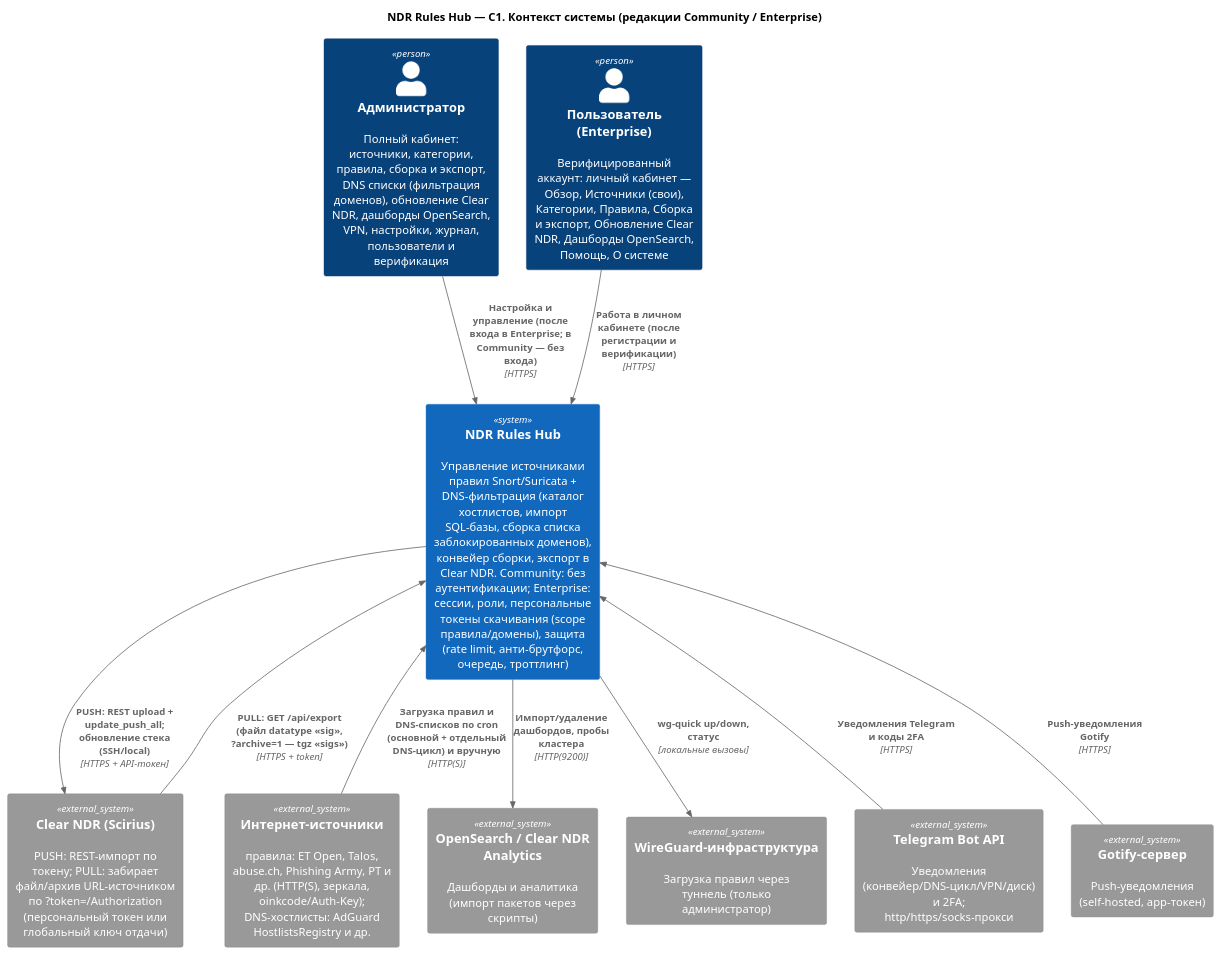
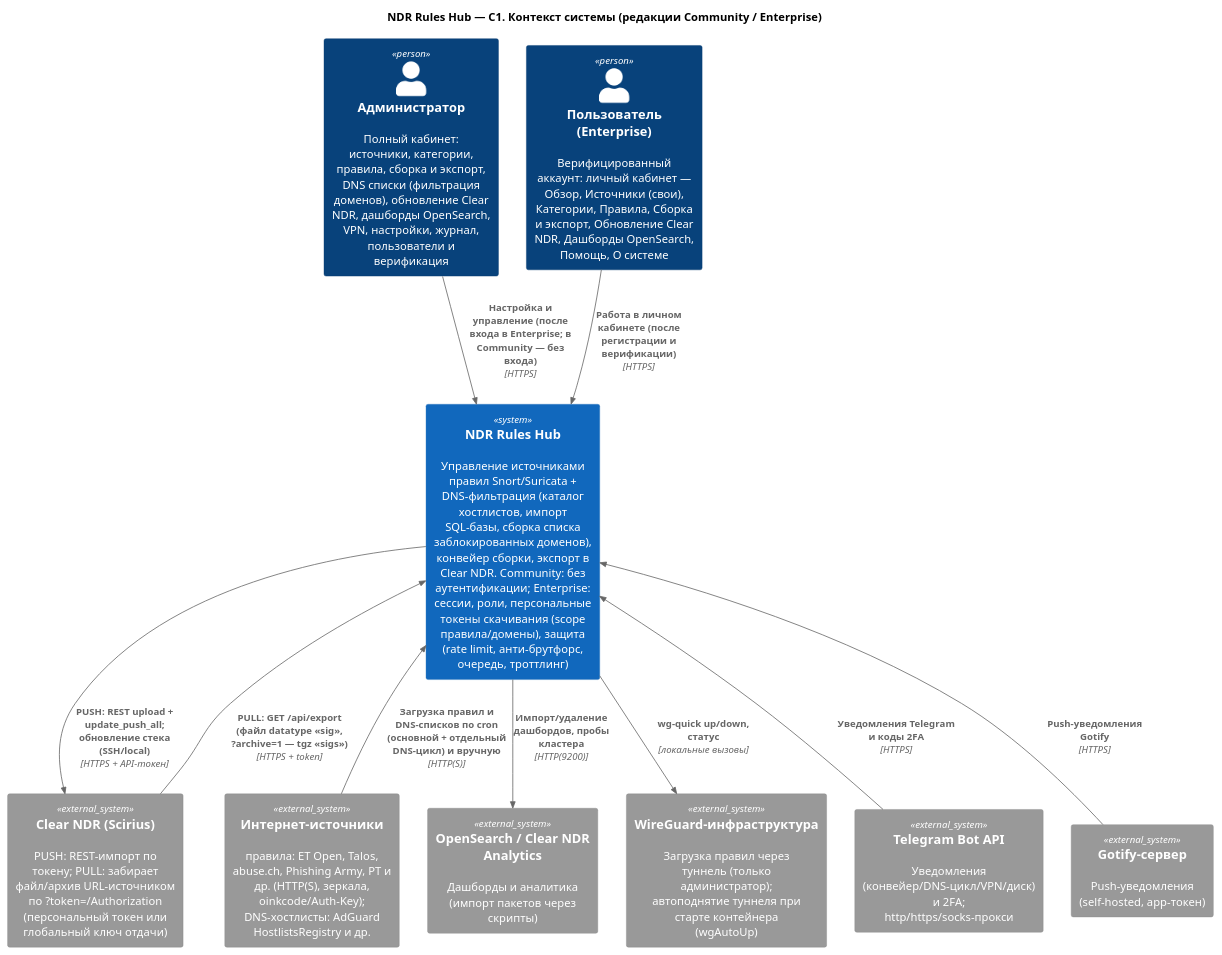
One commit to NoIDXMV6/ndr-rules-hub changed the diagram in docs/diagrams/c1-context.puml. Above: the diagram before and after it, drawn with PlantUML. The commit also changed 28 other files, not shown here.

```diff
--- a/docs/diagrams/c1-context.puml
+++ b/docs/diagrams/c1-context.puml
@@ -7,25 +7,25 @@
 @startuml c1-context
 !include <C4/C4_Context>
 title NDR Rules Hub — C1. Контекст системы (редакции Community / Enterprise)
 
 Person(admin, "Администратор", "Полный кабинет: источники, категории, правила, сборка и экспорт, DNS списки (фильтрация доменов), обновление Clear NDR, дашборды OpenSearch, VPN, настройки, журнал, пользователи и верификация")
 Person(user, "Пользователь (Enterprise)", "Верифицированный аккаунт: личный кабинет — Обзор, Источники (свои), Категории, Правила, Сборка и экспорт, Обновление Clear NDR, Дашборды OpenSearch, Помощь, О системе")
 System(hub, "NDR Rules Hub", "Управление источниками правил Snort/Suricata + DNS-фильтрация (каталог хостлистов, импорт SQL-базы, сборка списка заблокированных доменов), конвейер сборки, экспорт в Clear NDR. Community: без аутентификации; Enterprise: сессии, роли, персональные токены скачивания (scope правила/домены), защита (rate limit, анти-брутфорс, очередь, троттлинг)")
 
 System_Ext(clearndr, "Clear NDR (Scirius)", "PUSH: REST-импорт по токену; PULL: забирает файл/архив URL-источником по ?token=/Authorization (персональный токен или глобальный ключ отдачи)")
 System_Ext(feeds, "Интернет-источники", "правила: ET Open, Talos, abuse.ch, Phishing Army, PT и др. (HTTP(S), зеркала, oinkcode/Auth-Key); DNS-хостлисты: AdGuard HostlistsRegistry и др.")
 System_Ext(osd, "OpenSearch / Clear NDR Analytics", "Дашборды и аналитика (импорт пакетов через скрипты)")
-System_Ext(wg, "WireGuard-инфраструктура", "Загрузка правил через туннель (только администратор)")
+System_Ext(wg, "WireGuard-инфраструктура", "Загрузка правил через туннель (только администратор); автоподнятие туннеля при старте контейнера (wgAutoUp)")
 System_Ext(telegram, "Telegram Bot API", "Уведомления (конвейер/DNS-цикл/VPN/диск) и 2FA; http/https/socks-прокси")
 System_Ext(gotify, "Gotify-сервер", "Push-уведомления (self-hosted, app-токен)")
 
 Rel(admin, hub, "Настройка и управление (после входа в Enterprise; в Community — без входа)", "HTTPS")
 Rel(user, hub, "Работа в личном кабинете (после регистрации и верификации)", "HTTPS")
 Rel_Back(hub, feeds, "Загрузка правил и DNS-списков по cron (основной + отдельный DNS-цикл) и вручную", "HTTP(S)")
 Rel(clearndr, hub, "PULL: GET /api/export (файл datatype «sig», ?archive=1 — tgz «sigs»)", "HTTPS + token")
 Rel(hub, clearndr, "PUSH: REST upload + update_push_all; обновление стека (SSH/local)", "HTTPS + API-токен")
 Rel(hub, osd, "Импорт/удаление дашбордов, пробы кластера", "HTTP(9200)")
 Rel(hub, wg, "wg-quick up/down, статус", "локальные вызовы")
 Rel_Back(hub, telegram, "Уведомления Telegram и коды 2FA", "HTTPS")
 Rel_Back(hub, gotify, "Push-уведомления Gotify", "HTTPS")
 @enduml
```
